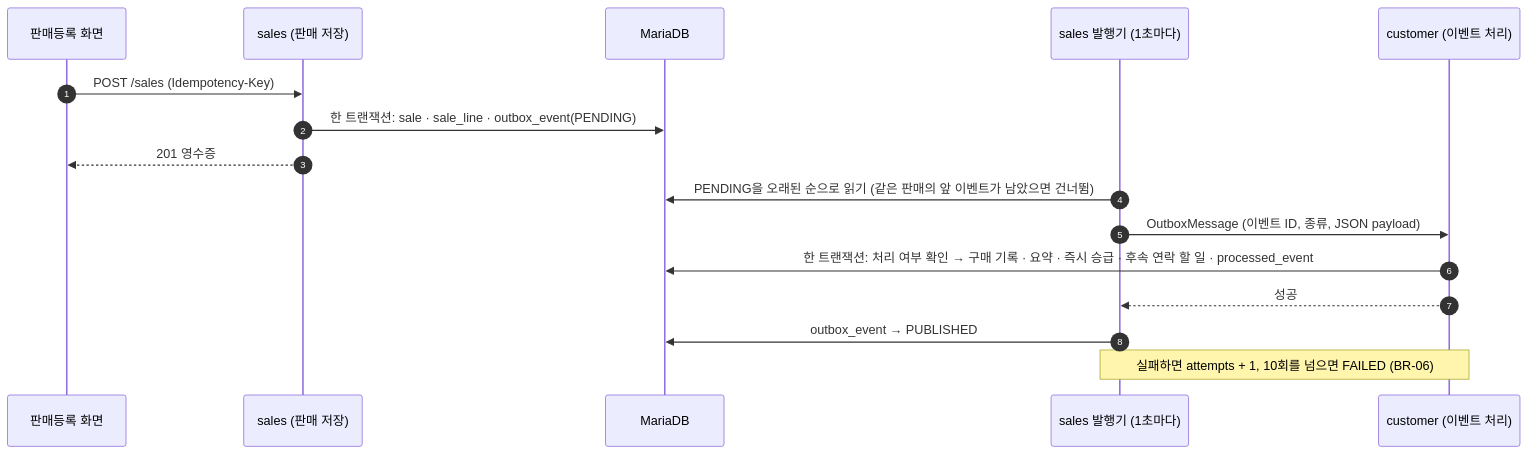
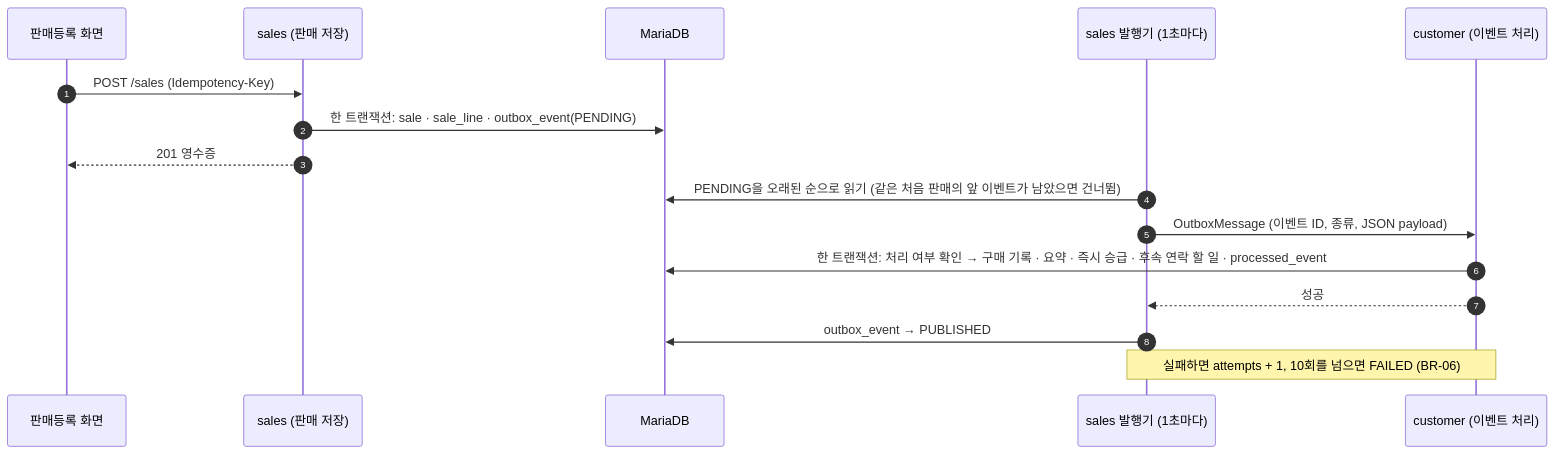
The third of 3 diagrams in docs/04-architecture.md (wjdqudwls/store-crm), drawn with Mermaid before and after one commit. The commit also changed other lines of this file and 8 other files, not shown here.

First line of the commit message:
docs: apply ERD concept/logic review (purchase group, locks, follow-up rules)

````diff
--- a/docs/04-architecture.md
+++ b/docs/04-architecture.md
@@ -108,19 +110,19 @@
 ```mermaid
 sequenceDiagram
     autonumber
     participant UI as 판매등록 화면
     participant S as sales (판매 저장)
     participant DB as MariaDB
     participant P as sales 발행기 (1초마다)
     participant C as customer (이벤트 처리)
 
     UI->>S: POST /sales (Idempotency-Key)
     S->>DB: 한 트랜잭션: sale · sale_line · outbox_event(PENDING)
     S-->>UI: 201 영수증
-    P->>DB: PENDING을 오래된 순으로 읽기 (같은 판매의 앞 이벤트가 남았으면 건너뜀)
+    P->>DB: PENDING을 오래된 순으로 읽기 (같은 처음 판매의 앞 이벤트가 남았으면 건너뜀)
     P->>C: OutboxMessage (이벤트 ID, 종류, JSON payload)
     C->>DB: 한 트랜잭션: 처리 여부 확인 → 구매 기록 · 요약 · 즉시 승급 · 후속 연락 할 일 · processed_event
     C-->>P: 성공
     P->>DB: outbox_event → PUBLISHED
     Note over P,C: 실패하면 attempts + 1, 10회를 넘으면 FAILED (BR-06)
 ```
````
